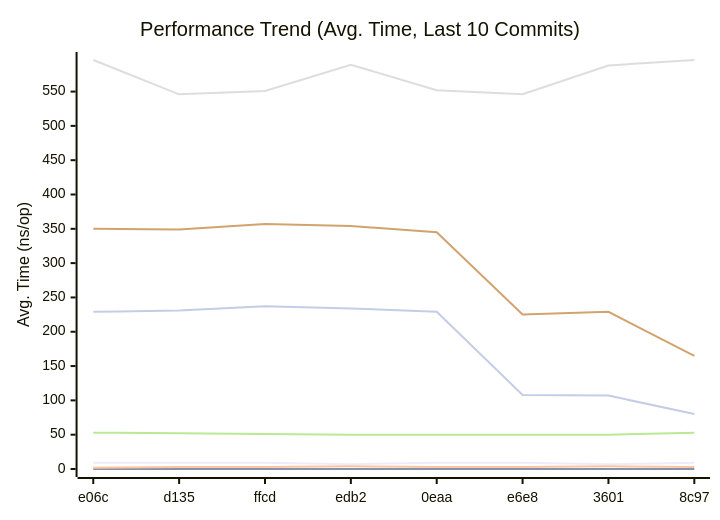
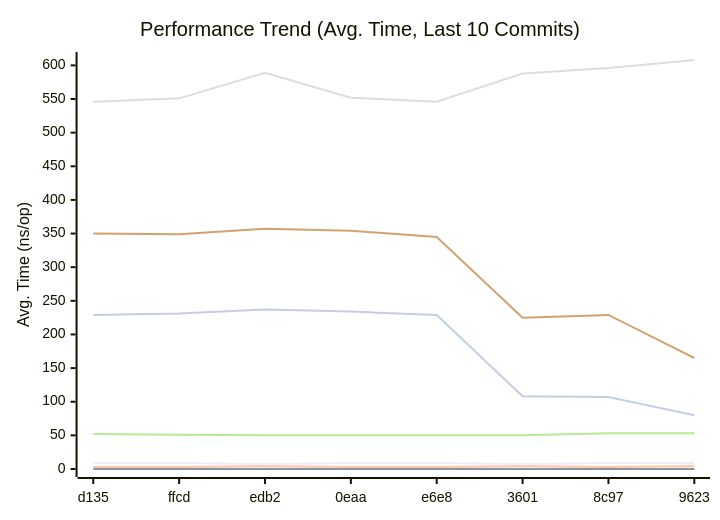
Before and after one commit to alsotoes/momo: the first of 3 diagrams in docs/README.md, drawn with Mermaid. The commit also changed other lines of this file and 1 other file, not shown here.

````diff
--- a/docs/README.md
+++ b/docs/README.md
@@ -303,14 +303,14 @@
 ```mermaid
 xychart-beta
     title "Performance Trend (Avg. Time, Last 10 Commits)"
     x-axis "Commit"
     y-axis "Avg. Time (ns/op)"
-    x-axis [e06c,d135,ffcd,edb2,0eaa,e6e8,3601,8c97]
-    line "CheckMetricsAndSwap" [9,9,9,7,9,9,7,9,9,9]
+    x-axis [d135,ffcd,edb2,0eaa,e6e8,3601,8c97,9623]
+    line "CheckMetricsAndSwap" [9,9,7,9,9,7,9,9,9,9]
     line "IndexDirectTracking" [0,0,0,0,0,0,0,0,0,0]
-    line "IndexSearch" [2,3,3,4,3,3,4,3,4,4]
-    line "LoadGlobalConfig" [596,546,551,589,552,546,588,596,608,550]
-    line "PadString" [53,52,51,50,50,50,50,53,53,50]
+    line "IndexSearch" [3,3,4,3,3,4,3,4,4,3]
+    line "LoadGlobalConfig" [546,551,589,552,546,588,596,608,550,592]
+    line "PadString" [52,51,50,50,50,50,53,53,50,53]
     line "ParseReplicationOrder_NoPrealloc" [350,349,357,354,345,225,229,165,232,234]
     line "ParseReplicationOrder_Prealloc" [229,231,237,234,229,108,107,80,110,109]
 ```
````
